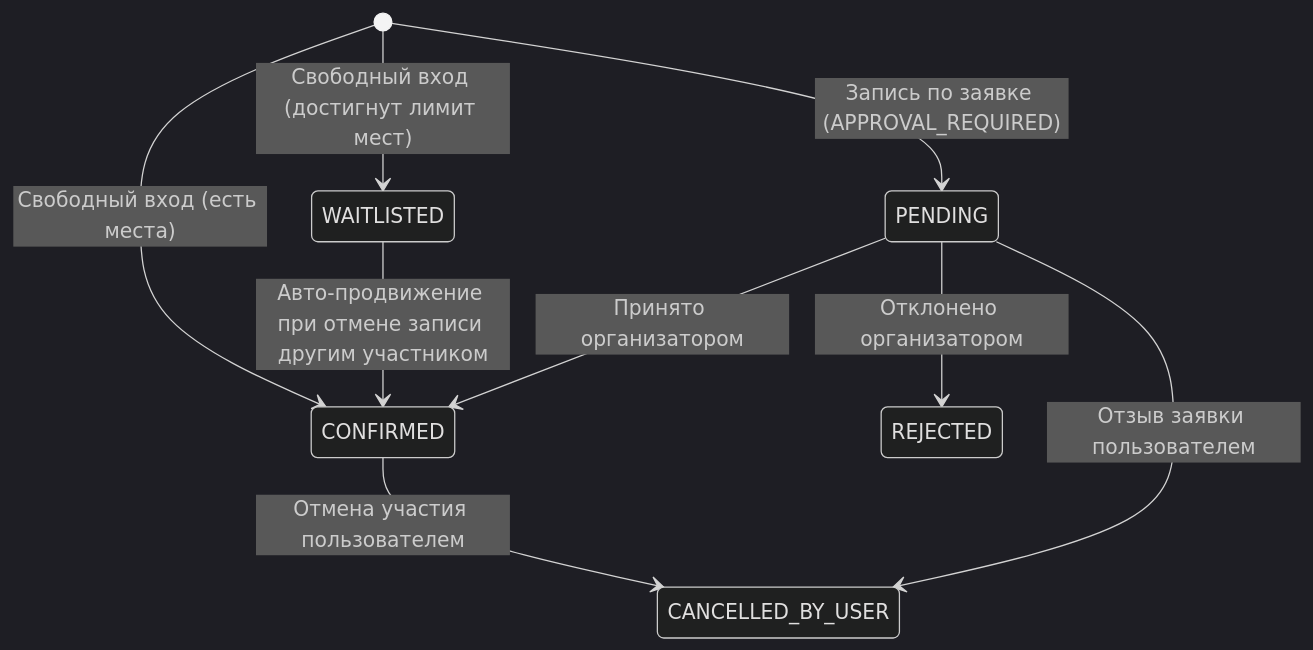
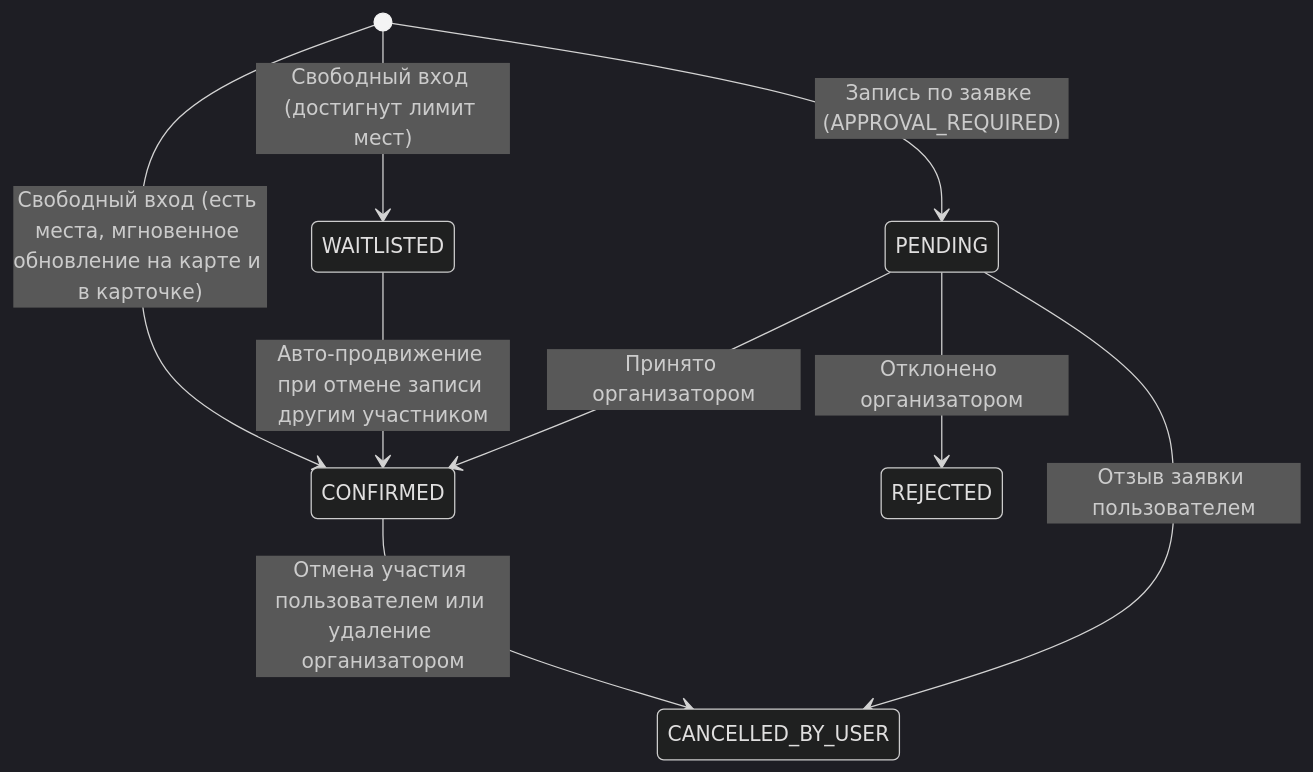
The fourth of 4 diagrams in docs/ARCHITECTURE.md (queelly/sport-platform), drawn with Mermaid (dark theme) before and after one commit. The commit also changed other lines of this file and 8 other files, not shown here.

Commit message:
docs: update README, BRANDBOOK and all docs to reflect current features and V1-V6 schema

````diff
--- a/docs/ARCHITECTURE.md
+++ b/docs/ARCHITECTURE.md
@@ -67,11 +70,11 @@
 ```mermaid
 stateDiagram-v2
-    [*] --> CONFIRMED : Свободный вход (есть места)
+    [*] --> CONFIRMED : Свободный вход (есть места, мгновенное обновление на карте и в карточке)
     [*] --> WAITLISTED : Свободный вход (достигнут лимит мест)
     [*] --> PENDING : Запись по заявке (APPROVAL_REQUIRED)
     WAITLISTED --> CONFIRMED : Авто-продвижение при отмене записи другим участником
     PENDING --> CONFIRMED : Принято организатором
     PENDING --> REJECTED : Отклонено организатором
-    CONFIRMED --> CANCELLED_BY_USER : Отмена участия пользователем
+    CONFIRMED --> CANCELLED_BY_USER : Отмена участия пользователем или удаление организатором
     PENDING --> CANCELLED_BY_USER : Отзыв заявки пользователем
 ```
````
